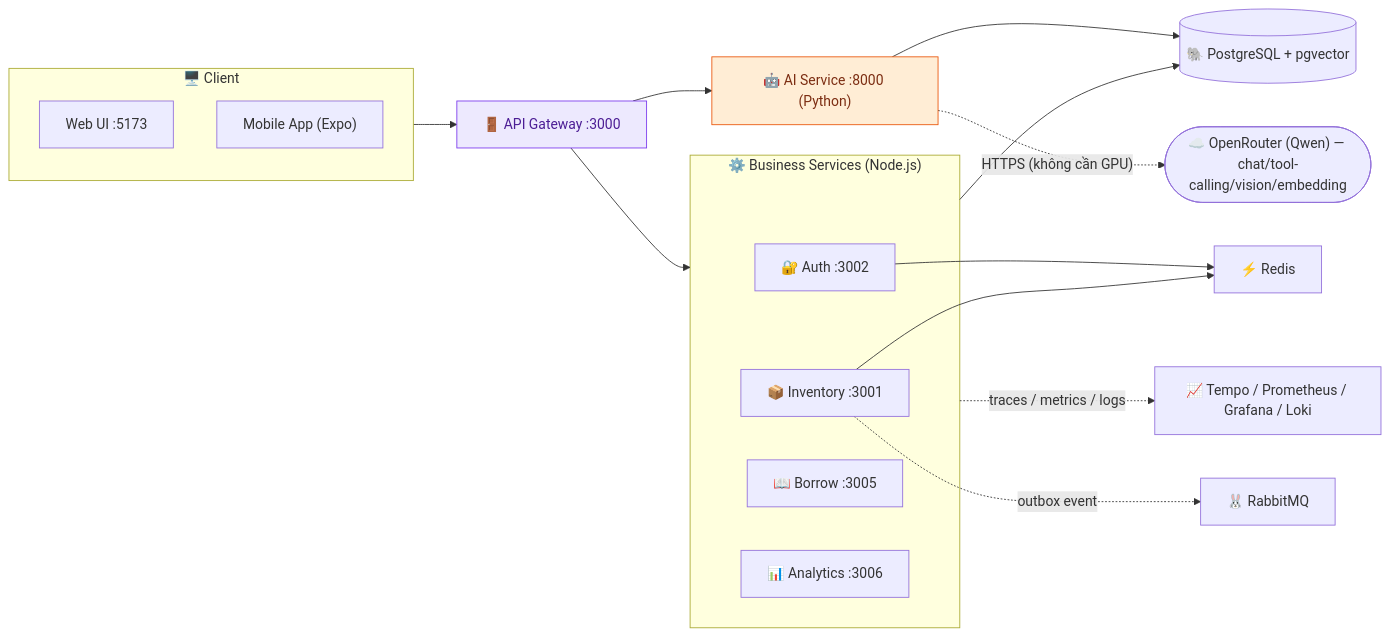
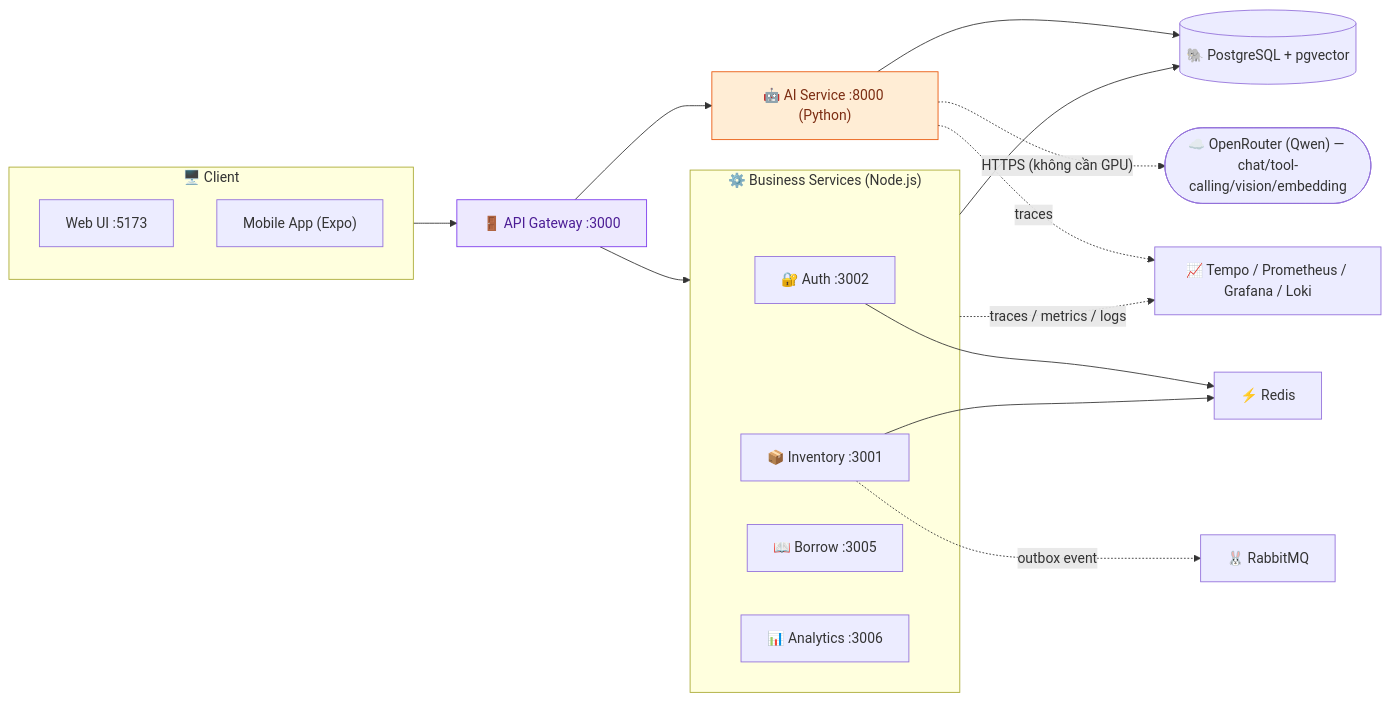
Before and after one commit to vinhhung04/smartbook-system: the first of 2 diagrams in README.md, drawn with Mermaid. The commit also changed other lines of this file and 6 other files, not shown here.

````diff
--- a/README.md
+++ b/README.md
@@ -169,42 +169,43 @@
 ```mermaid
 flowchart LR
     subgraph Client["🖥️ Client"]
         UI["Web UI :5173"]
         MOB["Mobile App (Expo)"]
     end
 
     GW["🚪 API Gateway :3000"]
 
     subgraph Core["⚙️ Business Services (Node.js)"]
         AUTH["🔐 Auth :3002"]
         INV["📦 Inventory :3001"]
         BORROW["📖 Borrow :3005"]
         ANA["📊 Analytics :3006"]
     end
 
     AI["🤖 AI Service :8000 (Python)"]
 
     PG[("🐘 PostgreSQL + pgvector")]
     REDIS["⚡ Redis"]
     MQ["🐰 RabbitMQ"]
     OPENROUTER(["☁️ OpenRouter (Qwen) — chat/tool-calling/vision/embedding"])
     OBS["📈 Tempo / Prometheus / Grafana / Loki"]
 
     Client --> GW
     GW --> Core
     GW --> AI
 
     Core --> PG
     AI --> PG
     AUTH --> REDIS
     INV --> REDIS
     AI -. "HTTPS (không cần GPU)" .-> OPENROUTER
 
     INV -. "outbox event" .-> MQ
     Core -. "traces / metrics / logs" .-> OBS
+    AI -. "traces" .-> OBS
 
     classDef gateway fill:#ede9fe,stroke:#7c3aed,color:#4c1d95;
     classDef aiservice fill:#ffedd5,stroke:#ea580c,color:#7c2d12;
     class GW gateway;
     class AI aiservice;
 ```
````
